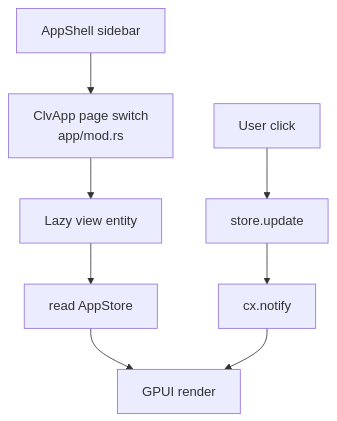
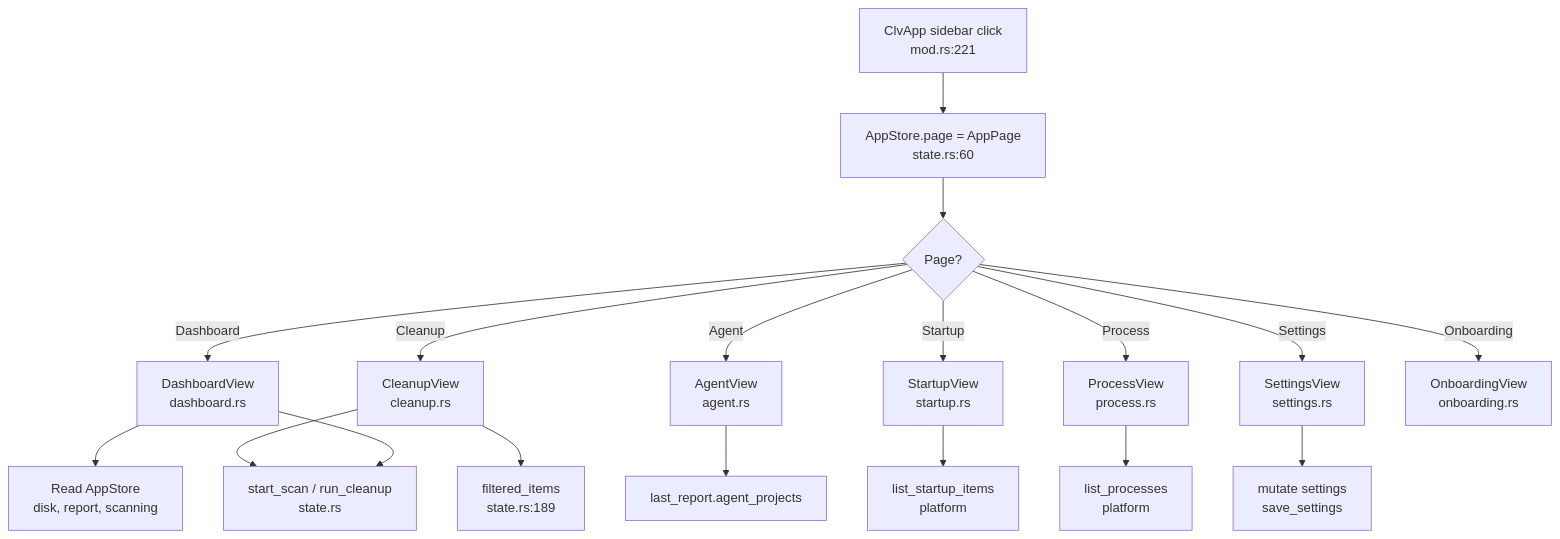
The diagram in .terrain/human/4.Deep-Exploration/views.md (sopaco/CLV3000-Plus), drawn with Mermaid before and after one commit. The commit also changed other lines of this file and 14 other files, not shown here.

````diff
--- a/.terrain/human/4.Deep-Exploration/views.md
+++ b/.terrain/human/4.Deep-Exploration/views.md
@@ -51,10 +55,20 @@
 ```mermaid
 flowchart TD
-    A["AppShell sidebar"] --> B["ClvApp page switch<br/>app/mod.rs"]
-    B --> C["Lazy view entity"]
-    C --> D["read AppStore"]
-    D --> E["GPUI render"]
-    F["User click"] --> G["store.update"]
-    G --> H["cx.notify"]
-    H --> E
+    A["ClvApp sidebar click<br/>mod.rs:221"] --> B["AppStore.page = AppPage<br/>state.rs:60"]
+    B --> C{"Page?"}
+    C -->|Dashboard| D["DashboardView<br/>dashboard.rs"]
+    C -->|Cleanup| E["CleanupView<br/>cleanup.rs"]
+    C -->|Agent| F["AgentView<br/>agent.rs"]
+    C -->|Startup| G["StartupView<br/>startup.rs"]
+    C -->|Process| H["ProcessView<br/>process.rs"]
+    C -->|Settings| I["SettingsView<br/>settings.rs"]
+    C -->|Onboarding| J["OnboardingView<br/>onboarding.rs"]
+    D --> K["Read AppStore<br/>disk, report, scanning"]
+    E --> L["filtered_items<br/>state.rs:189"]
+    F --> M["last_report.agent_projects"]
+    G --> N["list_startup_items<br/>platform"]
+    H --> O["list_processes<br/>platform"]
+    I --> P["mutate settings<br/>save_settings"]
+    E --> Q["start_scan / run_cleanup<br/>state.rs"]
+    D --> Q
 ```
````
